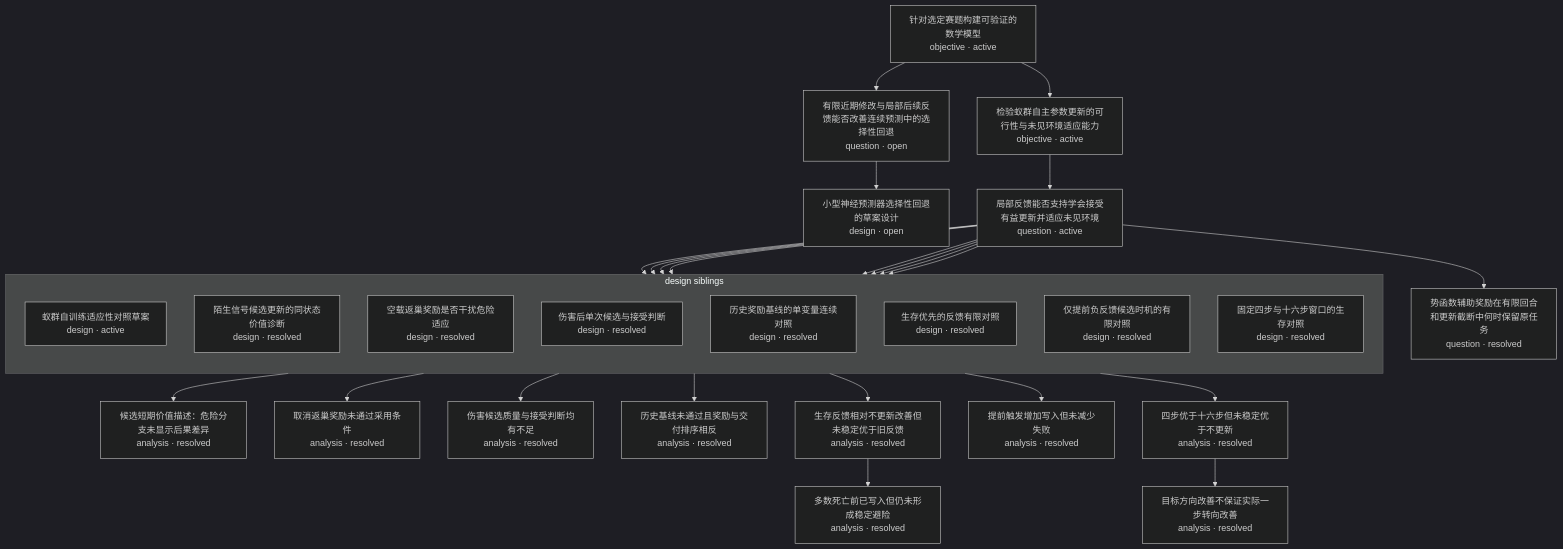
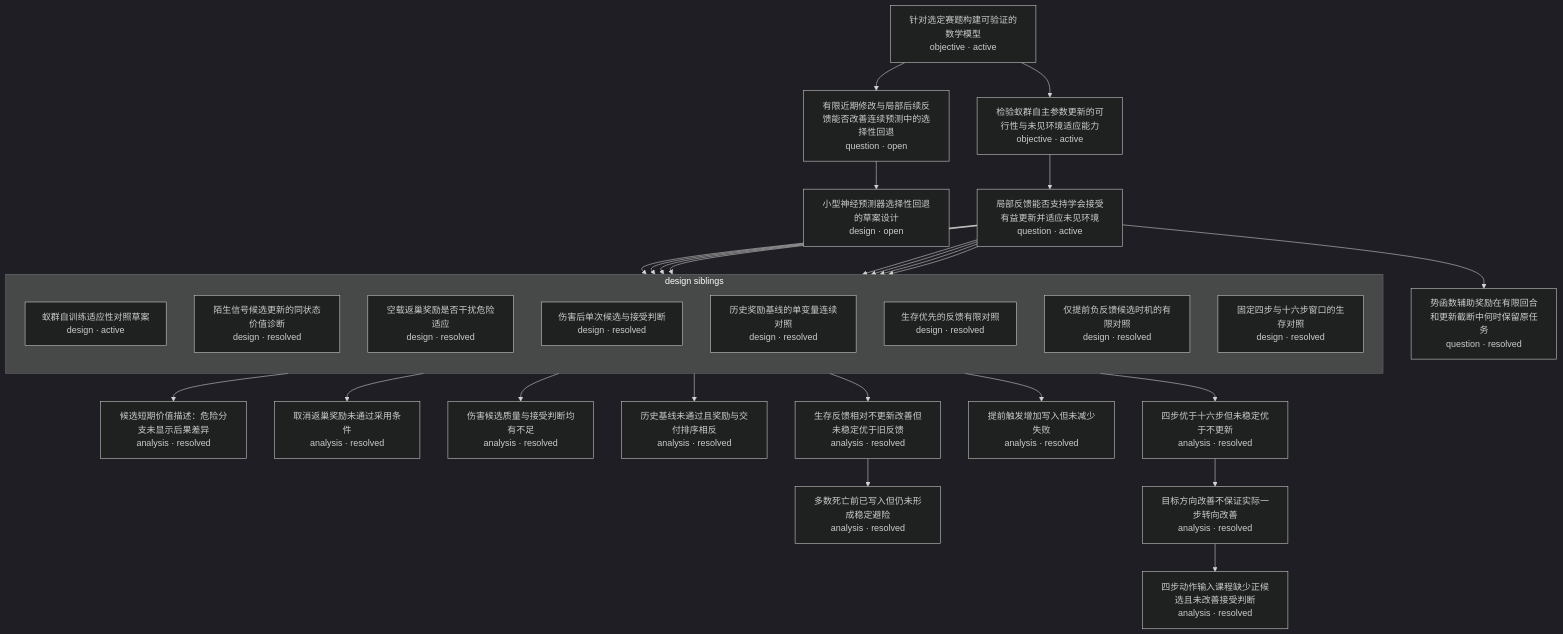
One commit to Akira-TL/Antomony changed the diagram in research-tree/README.md. Above: the diagram before and after it, drawn with Mermaid (dark theme). The commit also changed other lines of this file and 6 other files, not shown here.

````diff
--- a/research-tree/README.md
+++ b/research-tree/README.md
@@ -5,51 +5,53 @@
 ```mermaid
 flowchart TD
     N1["针对选定赛题构建可验证的数学模型<br/>objective · active"]
     N2["有限近期修改与局部后续反馈能否改善连续预测中的选择性回退<br/>question · open"]
     N3["小型神经预测器选择性回退的草案设计<br/>design · open"]
     N4["检验蚁群自主参数更新的可行性与未见环境适应能力<br/>objective · active"]
     N5["局部反馈能否支持学会接受有益更新并适应未见环境<br/>question · active"]
     N8["候选短期价值描述：危险分支未显示后果差异<br/>analysis · resolved"]
     N10["取消返巢奖励未通过采用条件<br/>analysis · resolved"]
     N12["伤害候选质量与接受判断均有不足<br/>analysis · resolved"]
     N14["历史基线未通过且奖励与交付排序相反<br/>analysis · resolved"]
     N15["势函数辅助奖励在有限回合和更新截断中何时保留原任务<br/>question · resolved"]
     N17["生存反馈相对不更新改善但未稳定优于旧反馈<br/>analysis · resolved"]
     N18["多数死亡前已写入但仍未形成稳定避险<br/>analysis · resolved"]
     N20["提前触发增加写入但未减少失败<br/>analysis · resolved"]
     N22["四步优于十六步但未稳定优于不更新<br/>analysis · resolved"]
     N23["目标方向改善不保证实际一步转向改善<br/>analysis · resolved"]
+    N24["四步动作输入课程缺少正候选且未改善接受判断<br/>analysis · resolved"]
     subgraph G5_design["design siblings"]
         direction TB
         N6["蚁群自训练适应性对照草案<br/>design · active"]
         N7["陌生信号候选更新的同状态价值诊断<br/>design · resolved"]
         N9["空载返巢奖励是否干扰危险适应<br/>design · resolved"]
         N11["伤害后单次候选与接受判断<br/>design · resolved"]
         N13["历史奖励基线的单变量连续对照<br/>design · resolved"]
         N16["生存优先的反馈有限对照<br/>design · resolved"]
         N19["仅提前负反馈候选时机的有限对照<br/>design · resolved"]
         N21["固定四步与十六步窗口的生存对照<br/>design · resolved"]
     end
     N1 --> N2
     N2 --> N3
     N1 --> N4
     N4 --> N5
     N5 --> N6
     N5 --> N7
     N7 --> N8
     N5 --> N9
     N9 --> N10
     N5 --> N11
     N11 --> N12
     N5 --> N13
     N13 --> N14
     N5 --> N15
     N5 --> N16
     N16 --> N17
     N17 --> N18
     N5 --> N19
     N19 --> N20
     N5 --> N21
     N21 --> N22
     N22 --> N23
+    N23 --> N24
 ```
````
